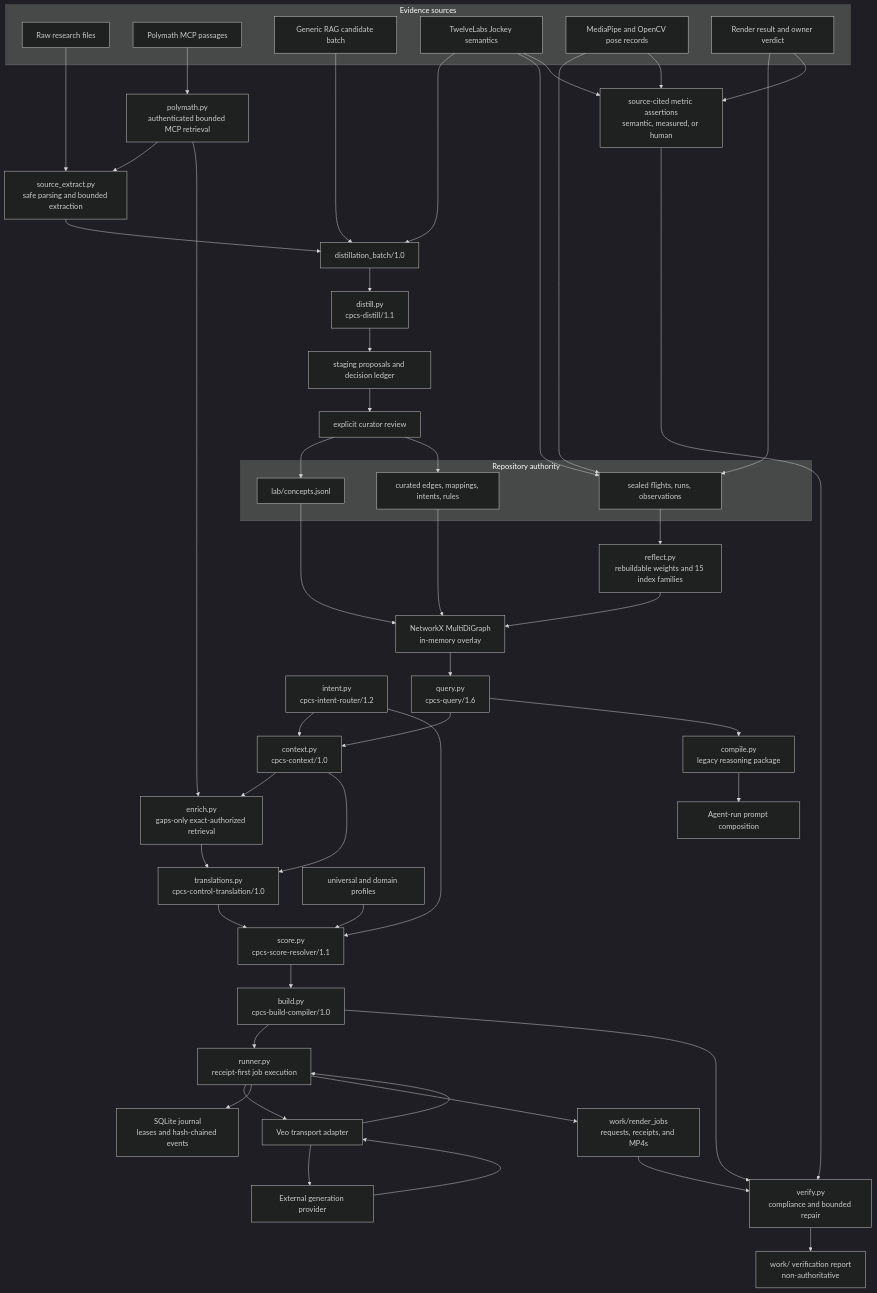
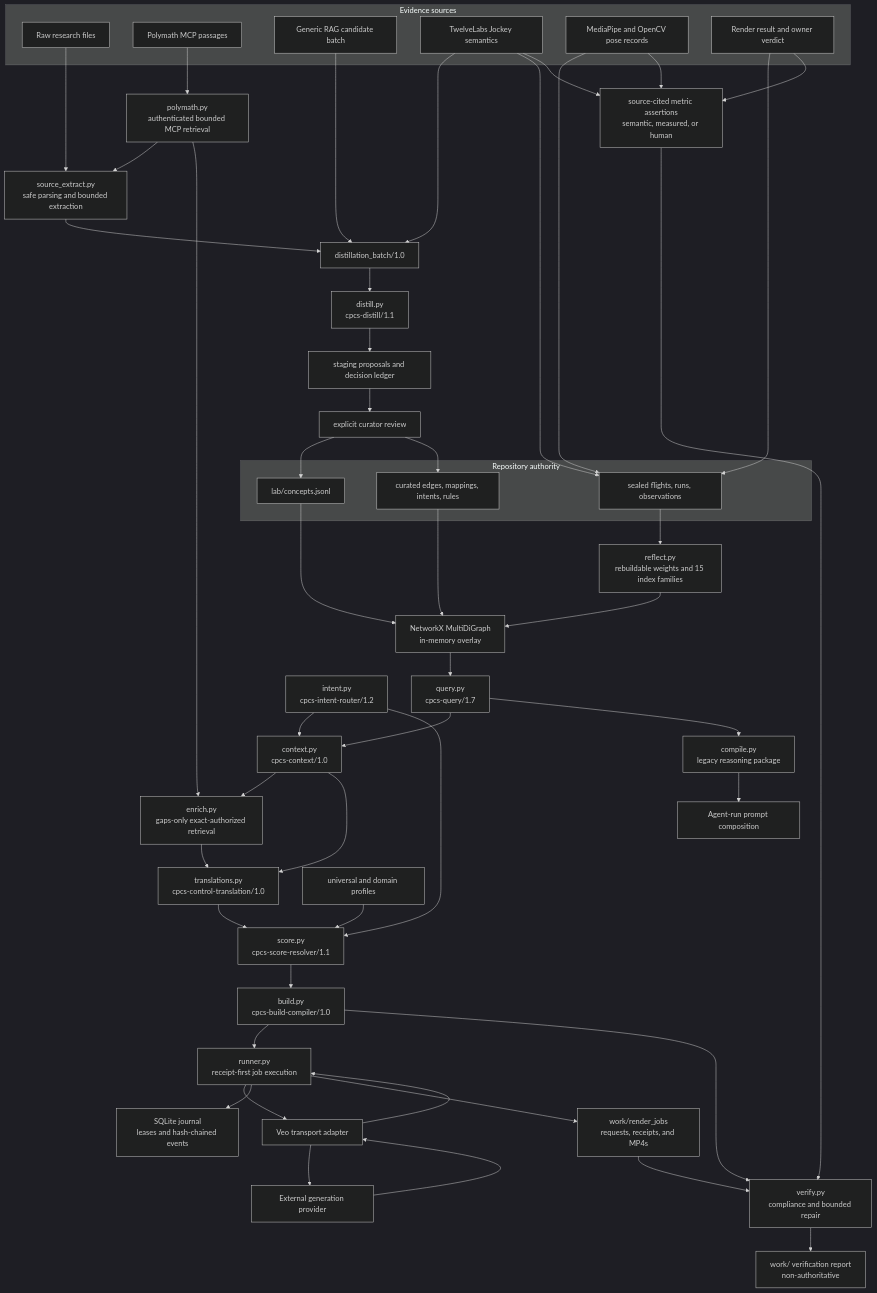
The second of 3 diagrams in ARCHITECTURE.md (Kingsley-Cyber/ai-video-movement-prompt-system), drawn with Mermaid (dark theme) before and after one commit. The commit also changed other lines of this file and 11 other files, not shown here.

````diff
--- a/ARCHITECTURE.md
+++ b/ARCHITECTURE.md
@@ -602,79 +602,79 @@
 ```mermaid
 flowchart TB
     subgraph Sources["Evidence sources"]
         Raw["Raw research files"]
         Poly["Polymath MCP passages"]
         Generic["Generic RAG candidate batch"]
         Jockey["TwelveLabs Jockey semantics"]
         Pose["MediaPipe and OpenCV pose records"]
         Verdict["Render result and owner verdict"]
     end
 
     PolyRetrieve["polymath.py\nauthenticated bounded MCP retrieval"]
     SourceExtract["source_extract.py\nsafe parsing and bounded extraction"]
     Batch["distillation_batch/1.0"]
     Distill["distill.py\ncpcs-distill/1.1"]
     Staging["staging proposals and decision ledger"]
     Review["explicit curator review"]
 
     subgraph Authority["Repository authority"]
         Concepts["lab/concepts.jsonl"]
         Curated["curated edges, mappings, intents, rules"]
         Immutable["sealed flights, runs, observations"]
     end
 
     Reflect["reflect.py\nrebuildable weights and 15 index families"]
     Graph["NetworkX MultiDiGraph\nin-memory overlay"]
-    Query["query.py\ncpcs-query/1.6"]
+    Query["query.py\ncpcs-query/1.7"]
     Context["context.py\ncpcs-context/1.0"]
     Enrich["enrich.py\ngaps-only exact-authorized retrieval"]
     Intent["intent.py\ncpcs-intent-router/1.2"]
     Translate["translations.py\ncpcs-control-translation/1.0"]
     Profiles["universal and domain profiles"]
     Score["score.py\ncpcs-score-resolver/1.1"]
     Compile["compile.py\nlegacy reasoning package"]
     Build["build.py\ncpcs-build-compiler/1.0"]
     Runner["runner.py\nreceipt-first job execution"]
     Journal["SQLite journal\nleases and hash-chained events"]
     Adapter["Veo transport adapter"]
     Artifacts["work/render_jobs\nrequests, receipts, and MP4s"]
     Evidence["source-cited metric assertions\nsemantic, measured, or human"]
     Verify["verify.py\ncompliance and bounded repair"]
     Diagnostics["work/ verification report\nnon-authoritative"]
     ManualPrompt["Agent-run prompt composition"]
     Provider["External generation provider"]
 
     Raw --> SourceExtract --> Batch
     Poly --> PolyRetrieve
     PolyRetrieve --> SourceExtract
     PolyRetrieve --> Enrich
     Generic --> Batch
     Jockey --> Batch
     Batch --> Distill --> Staging --> Review
     Review --> Concepts
     Review --> Curated
     Jockey --> Immutable
     Pose --> Immutable
     Verdict --> Immutable
     Immutable --> Reflect
     Reflect --> Graph
     Concepts --> Graph
     Curated --> Graph
     Graph --> Query --> Context --> Enrich
     Intent --> Context
     Intent --> Score
     Context --> Translate --> Score
     Enrich --> Translate
     Profiles --> Score
     Score --> Build --> Runner --> Adapter --> Provider
     Provider --> Adapter --> Runner
     Runner --> Journal
     Runner --> Artifacts
     Jockey --> Evidence
     Pose --> Evidence
     Verdict --> Evidence
     Build --> Verify
     Artifacts --> Verify
     Evidence --> Verify --> Diagnostics
     Query --> Compile --> ManualPrompt
 ```
````
